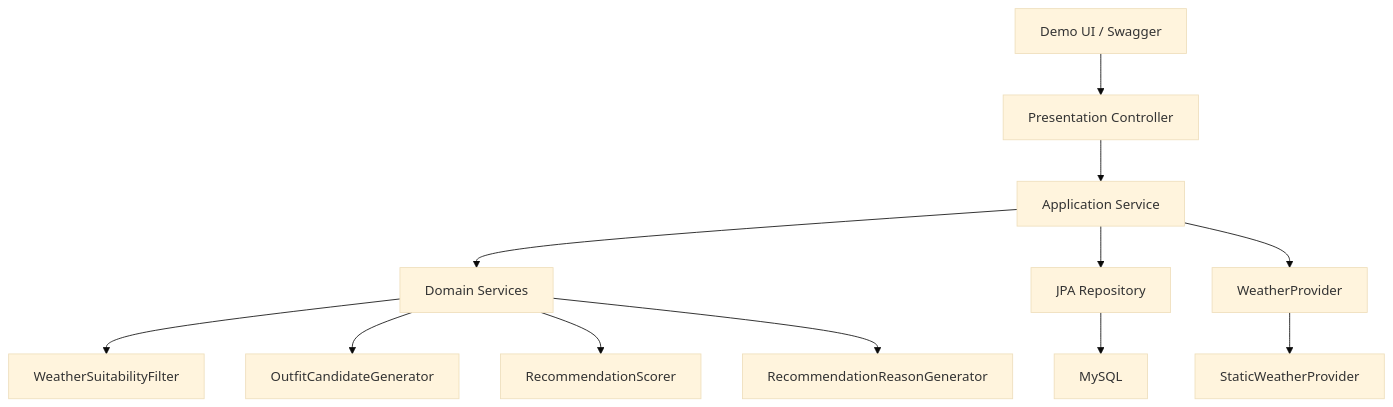
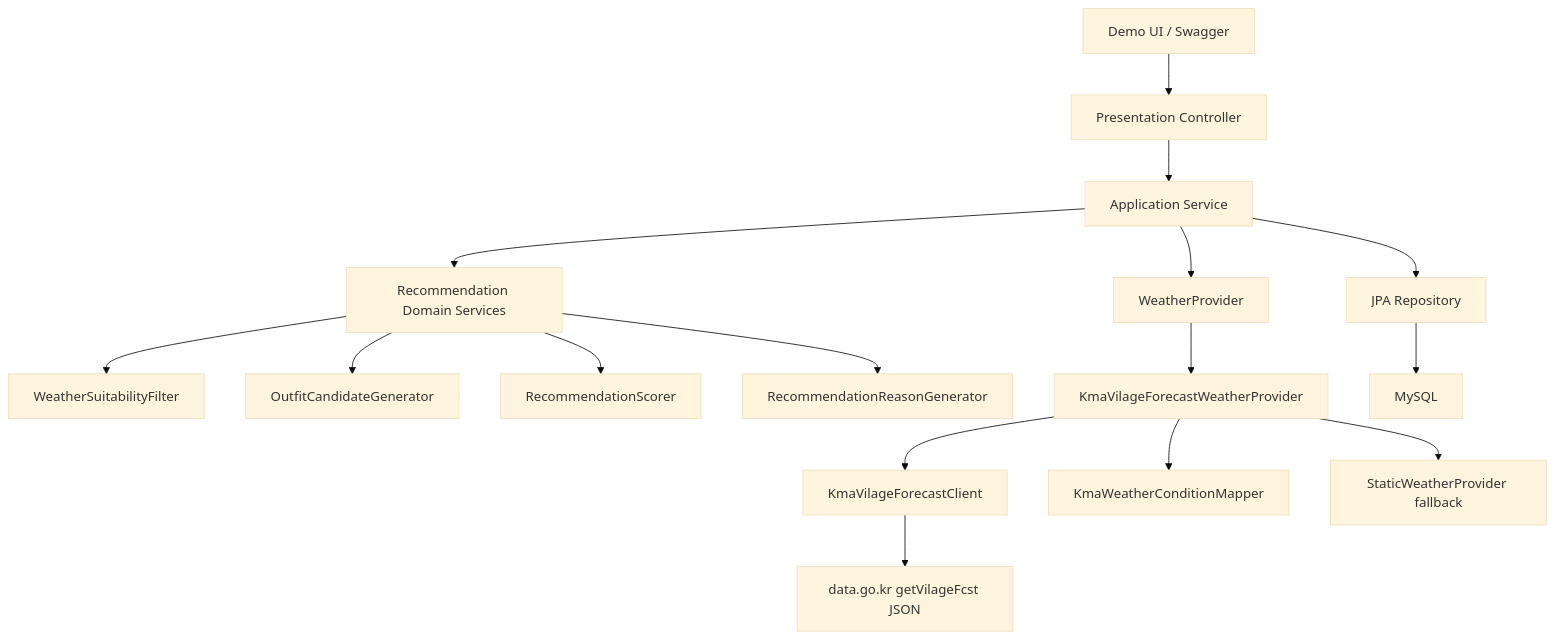
Before and after one commit to vanilalatte03/SmartCloset-v2: the first of 2 diagrams in docs/ARCHITECTURE.md, drawn with Mermaid (base theme). The commit also changed other lines of this file and 40 other files, not shown here.

````diff
--- a/docs/ARCHITECTURE.md
+++ b/docs/ARCHITECTURE.md
@@ -151,14 +272,18 @@
 ```mermaid
 flowchart TD
   Demo["Demo UI / Swagger"] --> Controller["Presentation Controller"]
   Controller --> AppService["Application Service"]
-  AppService --> DomainService["Domain Services"]
+  AppService --> DomainService["Recommendation Domain Services"]
   DomainService --> Filter["WeatherSuitabilityFilter"]
   DomainService --> Generator["OutfitCandidateGenerator"]
   DomainService --> Scorer["RecommendationScorer"]
   DomainService --> Reasoner["RecommendationReasonGenerator"]
   AppService --> Repository["JPA Repository"]
   AppService --> WeatherProvider["WeatherProvider"]
-  WeatherProvider --> StaticWeatherProvider["StaticWeatherProvider"]
+  WeatherProvider --> KmaProvider["KmaVilageForecastWeatherProvider"]
+  KmaProvider --> KmaClient["KmaVilageForecastClient"]
+  KmaProvider --> Mapper["KmaWeatherConditionMapper"]
+  KmaProvider --> Fallback["StaticWeatherProvider fallback"]
   Repository --> MySQL["MySQL"]
+  KmaClient --> KMA["data.go.kr getVilageFcst JSON"]
 ```
````
